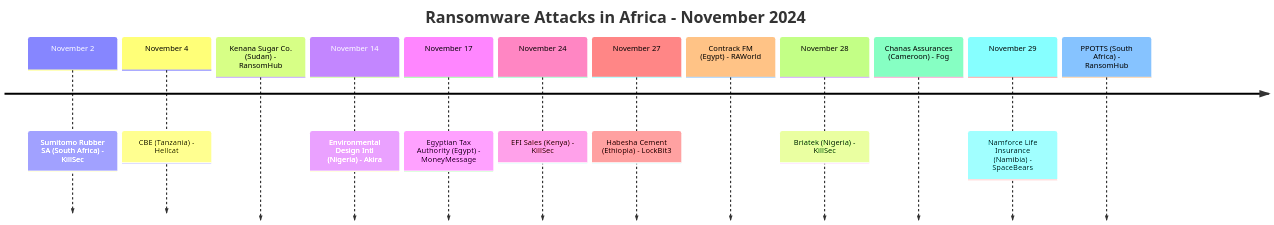
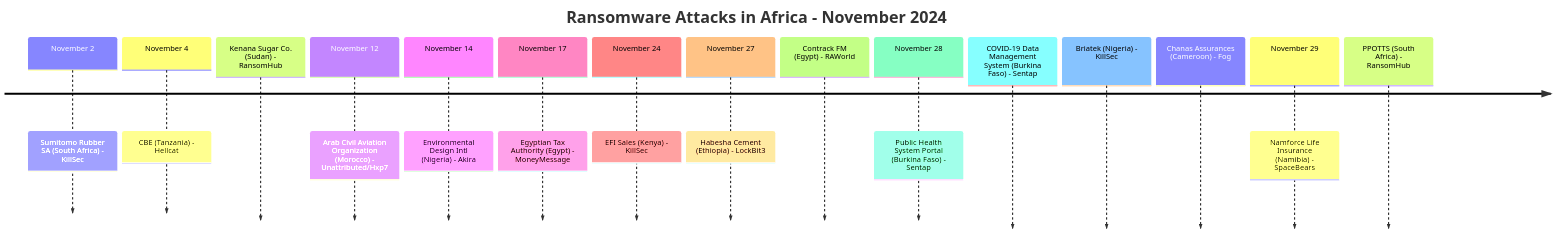
Before and after one commit to Hatchepsoute/AFRINTEL: the first of 4 diagrams in CyberAttackAfrica/2024/11-november/README.md, drawn with Mermaid. The commit also changed other lines of this file and 255 other files, not shown here.

````diff
--- a/CyberAttackAfrica/2024/11-november/README.md
+++ b/CyberAttackAfrica/2024/11-november/README.md
@@ -43,16 +46,19 @@
 ```mermaid
 timeline
     title Ransomware Attacks in Africa - November 2024
     November 2 : Sumitomo Rubber SA (South Africa) - KillSec
     November 4 : CBE (Tanzania) - Hellcat
                  Kenana Sugar Co. (Sudan) - RansomHub
+    November 12 : Arab Civil Aviation Organization (Morocco) - Unattributed/Hxp7
     November 14 : Environmental Design Intl (Nigeria) - Akira
     November 17 : Egyptian Tax Authority (Egypt) - MoneyMessage
     November 24 : EFI Sales (Kenya) - KillSec
     November 27 : Habesha Cement (Ethiopia) - LockBit3
                   Contrack FM (Egypt) - RAWorld
-    November 28 : Briatek (Nigeria) - KillSec
+    November 28 : Public Health System Portal (Burkina Faso) - Sentap
+                  COVID-19 Data Management System (Burkina Faso) - Sentap
+                  Briatek (Nigeria) - KillSec
                   Chanas Assurances (Cameroon) - Fog
     November 29 : Namforce Life Insurance (Namibia) - SpaceBears
                   PPOTTS (South Africa) - RansomHub
 ```
````
